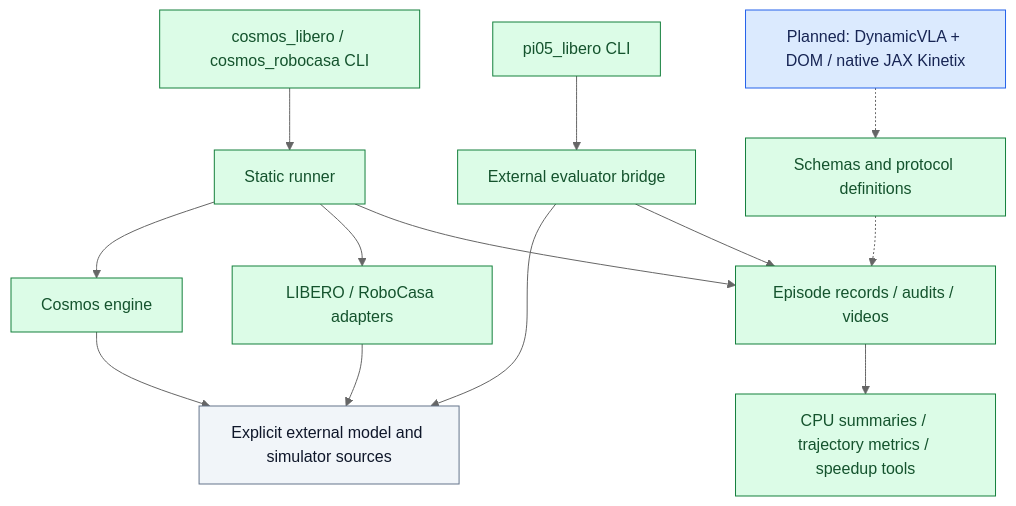
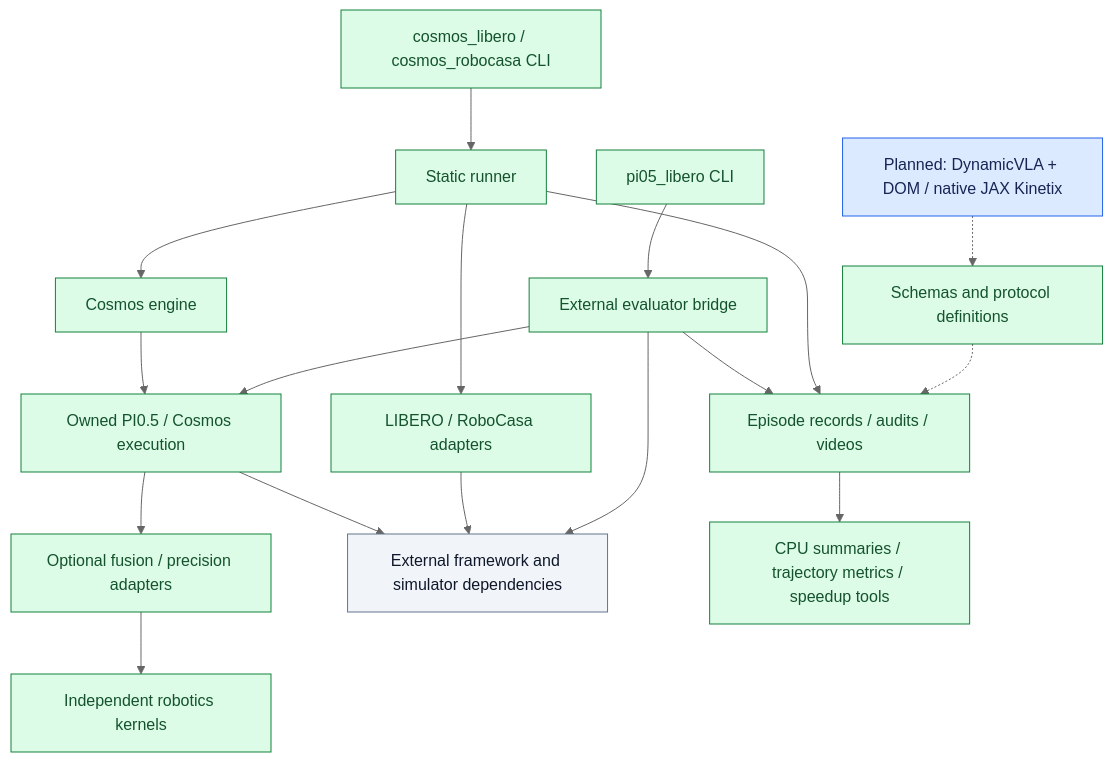
The diagram in docs/diagrams/01-architecture.mmd (Ther-nullptr/robotics-the-speedup-paradox), drawn with Mermaid (neutral theme) before and after one commit. The commit also changed 8 other files, not shown here.

First line of the commit message:
docs: 更新本仓推理与算子架构 / document owned inference and kernel architecture

```diff
--- a/docs/diagrams/01-architecture.mmd
+++ b/docs/diagrams/01-architecture.mmd
@@ -1,21 +1,25 @@
 flowchart TB
     accTitle: Implemented Robotics Case Architecture
-    accDescr: Three static cases are runnable. Pi05 uses a compatible external evaluator; Cosmos cases share the native static runner, engine and simulator adapters. CPU contracts and analysis are shared. Dynamic cases remain planned.
+    accDescr: Three static cases call owned model execution paths through the Pi05 evaluator bridge or Cosmos engine. Optional adapters use independent robotics kernels. Framework and simulator dependencies remain external. Dynamic cases remain planned.
     pi05["pi05_libero CLI"] --> evaluator["External evaluator bridge"]
     cosmos["cosmos_libero / cosmos_robocasa CLI"] --> runner["Static runner"]
     runner --> engine["Cosmos engine"]
     runner --> simulator["LIBERO / RoboCasa adapters"]
-    engine --> external["Explicit external model and simulator sources"]
+    engine --> models["Owned PI0.5 / Cosmos execution"]
+    evaluator --> models
+    models --> optimizations["Optional fusion / precision adapters"]
+    optimizations --> kernels["Independent robotics kernels"]
+    models --> external["External framework and simulator dependencies"]
     simulator --> external
     evaluator --> external
     evaluator --> artifacts["Episode records / audits / videos"]
     runner --> artifacts
     artifacts --> tools["CPU summaries / trajectory metrics / speedup tools"]
     contracts["Schemas and protocol definitions"] -.-> artifacts
     dynamic["Planned: DynamicVLA + DOM / native JAX Kinetix"] -.-> contracts
     classDef existing fill:#dcfce7,stroke:#15803d,color:#14532d
     classDef planned fill:#dbeafe,stroke:#2563eb,color:#172554
     classDef external fill:#f1f5f9,stroke:#64748b,color:#0f172a
-    class pi05,evaluator,cosmos,runner,engine,simulator,artifacts,tools,contracts existing
+    class pi05,evaluator,cosmos,runner,engine,models,optimizations,kernels,simulator,artifacts,tools,contracts existing
     class dynamic planned
     class external external
```
